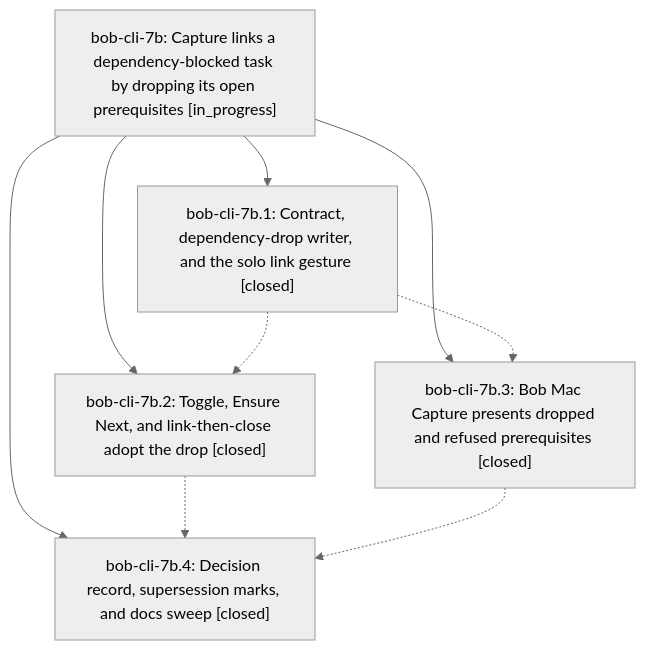
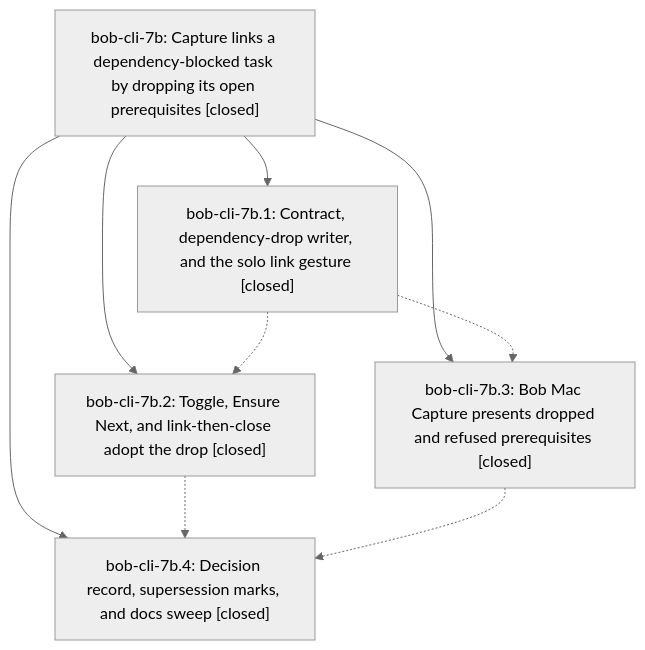
Before and after one commit to bobs-org/bob-cli--beads: the diagram in pages/bob-cli-7b/README.md, drawn with Mermaid (neutral theme). The commit also changed other lines of this file, not shown here.

First line of the commit message:
chore(beads): sync bead state and pages for bob-cli-7b

````diff
--- a/pages/bob-cli-7b/README.md
+++ b/pages/bob-cli-7b/README.md
@@ -55,16 +57,16 @@
 ```mermaid
 flowchart TD
-    n0["bob-cli-7b: Capture links a dependency-blocked task by dropping its open prerequisites [in_progress]"]
+    n0["bob-cli-7b: Capture links a dependency-blocked task by dropping its open prerequisites [closed]"]
     n1["bob-cli-7b.1: Contract, dependency-drop writer, and the solo link gesture [closed]"]
     n2["bob-cli-7b.2: Toggle, Ensure Next, and link-then-close adopt the drop [closed]"]
     n3["bob-cli-7b.3: Bob Mac Capture presents dropped and refused prerequisites [closed]"]
     n4["bob-cli-7b.4: Decision record, supersession marks, and docs sweep [closed]"]
     n0 --> n1
     n0 --> n2
     n0 --> n3
     n0 --> n4
     n1 -.-> n2
     n1 -.-> n3
     n2 -.-> n4
     n3 -.-> n4
 ```
````
